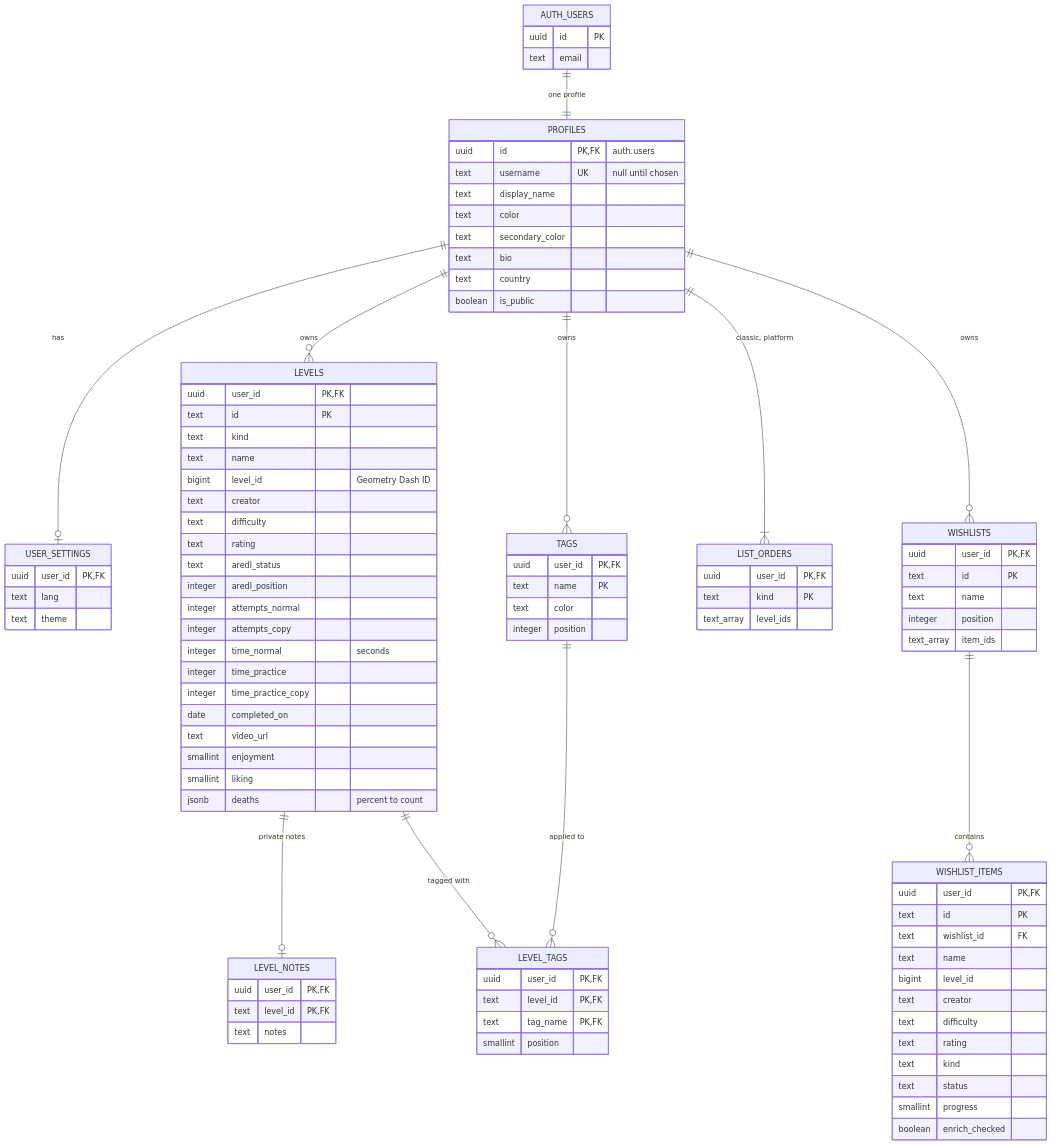
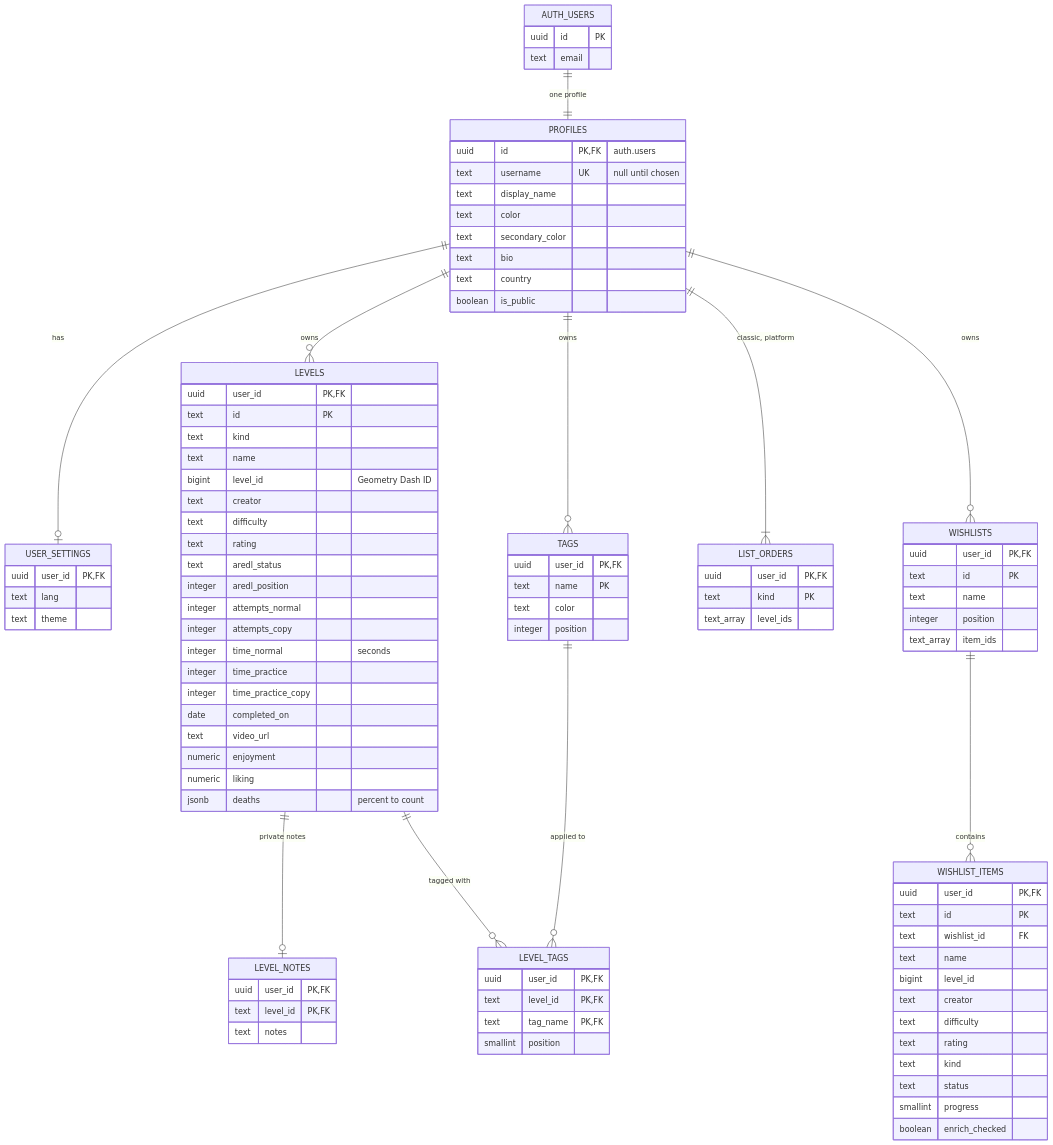
One commit to Wal-014/Personal-Progress-List changed the diagram in docs/cloud-accounts.md. Above: the diagram before and after it, drawn with Mermaid. The commit also changed other lines of this file and 17 other files, not shown here.

Commit message:
Rate enjoyment and liking from 0 to 10 with one decimal

```diff
--- a/docs/cloud-accounts.md
+++ b/docs/cloud-accounts.md
@@ -82,8 +82,8 @@
     integer time_practice_copy
     date completed_on
     text video_url
-    smallint enjoyment
-    smallint liking
+    numeric enjoyment
+    numeric liking
     jsonb deaths "percent to count"
   }
   LEVEL_NOTES {
```
